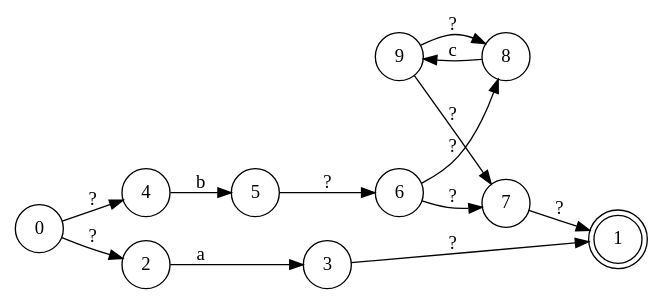
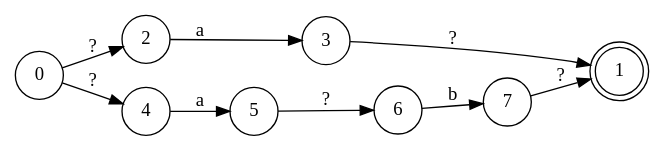
The diagram in ndfa.dot (Yanis540/M2), drawn with Graphviz before and after one commit. The commit also changed 4 other files, not shown here.

```diff
--- a/ndfa.dot
+++ b/ndfa.dot
@@ -1,17 +1,13 @@
 digraph NDFA {
   rankdir=LR;
   node [shape = circle];
   1 [shape = doublecircle];
   7 -> 1 [label="?"];
-  9 -> 7 [label="?"];
-  9 -> 8 [label="?"];
-  8 -> 9 [label="c"];
   2 -> 3 [label="a"];
-  4 -> 5 [label="b"];
+  4 -> 5 [label="a"];
   0 -> 2 [label="?"];
   0 -> 4 [label="?"];
   3 -> 1 [label="?"];
   5 -> 6 [label="?"];
-  6 -> 7 [label="?"];
-  6 -> 8 [label="?"];
+  6 -> 7 [label="b"];
 }
```
